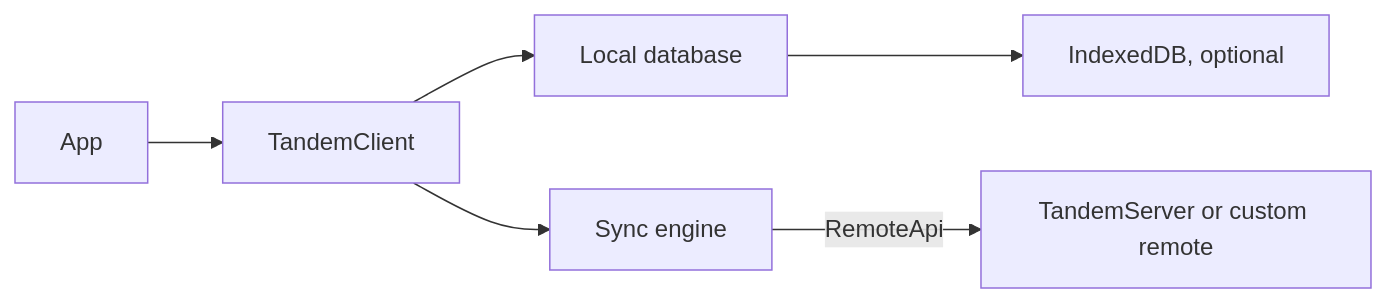
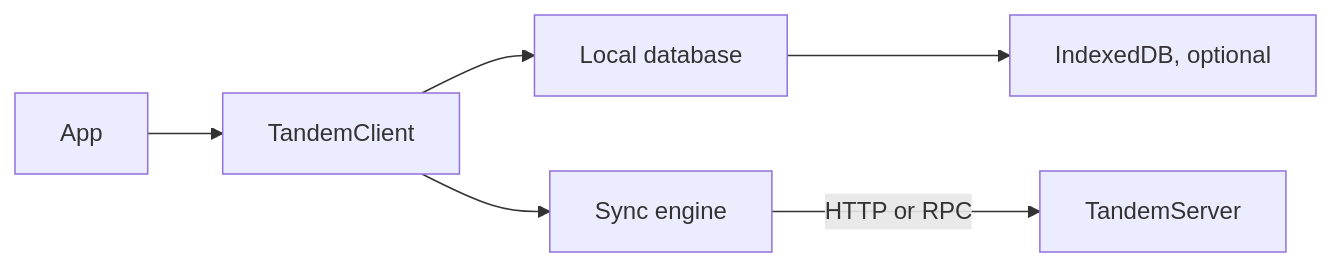
Before and after one commit to tanishqkancharla/tandem: the diagram in docs/overview.md, drawn with Mermaid. The commit also changed other lines of this file and 23 other files, not shown here.

````diff
--- a/docs/overview.md
+++ b/docs/overview.md
@@ -18,8 +18,8 @@
 ```mermaid
 graph LR
 	App --> TandemClient
 	TandemClient --> LocalDB[Local database]
 	TandemClient --> SyncEngine[Sync engine]
 	LocalDB --> ClientStorage[IndexedDB, optional]
-	SyncEngine -->|RemoteApi| Server[TandemServer or custom remote]
+	SyncEngine -->|HTTP or RPC| Server[TandemServer]
 ```
````
